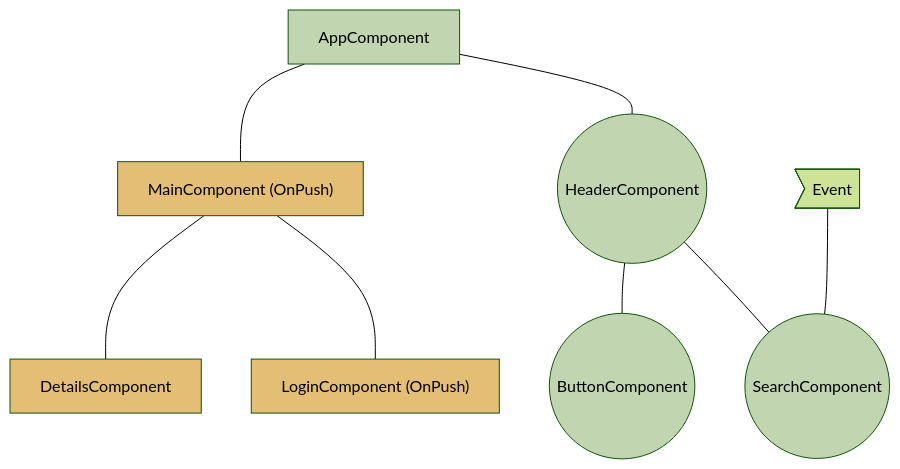
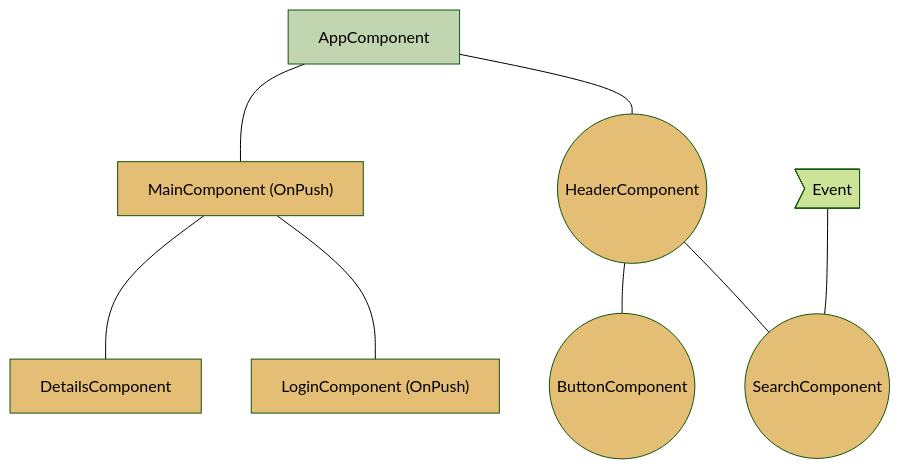
The first of 4 diagrams in adev/src/content/best-practices/runtime-performance/skipping-subtrees.md (angular/angular), drawn with Mermaid (forest theme) before and after one commit. The commit also changed other lines of this file, not shown here.

````diff
--- a/adev/src/content/best-practices/runtime-performance/skipping-subtrees.md
+++ b/adev/src/content/best-practices/runtime-performance/skipping-subtrees.md
@@ -36,19 +36,19 @@
 ```mermaid
 graph TD;
     app[AppComponent] --- header((HeaderComponent));
     app --- main["MainComponent (OnPush)"];
     header --- search((SearchComponent));
     header --- button((ButtonComponent));
     main --- login["LoginComponent (OnPush)"];
     main --- details[DetailsComponent];
     event>Event] --- search
 
     style main fill:#E4BE74,color:#000
     style login fill:#E4BE74,color:#000
     style details fill:#E4BE74,color:#000
 
     style app fill:#C1D5B0,color:#000
-    style header fill:#C1D5B0,color:#000
-    style button fill:#C1D5B0,color:#000
-    style search fill:#C1D5B0,color:#000
+    style header fill:#E4BE74,color:#000
+    style button fill:#E4BE74,color:#000
+    style search fill:#E4BE74,color:#000
 ```
````
